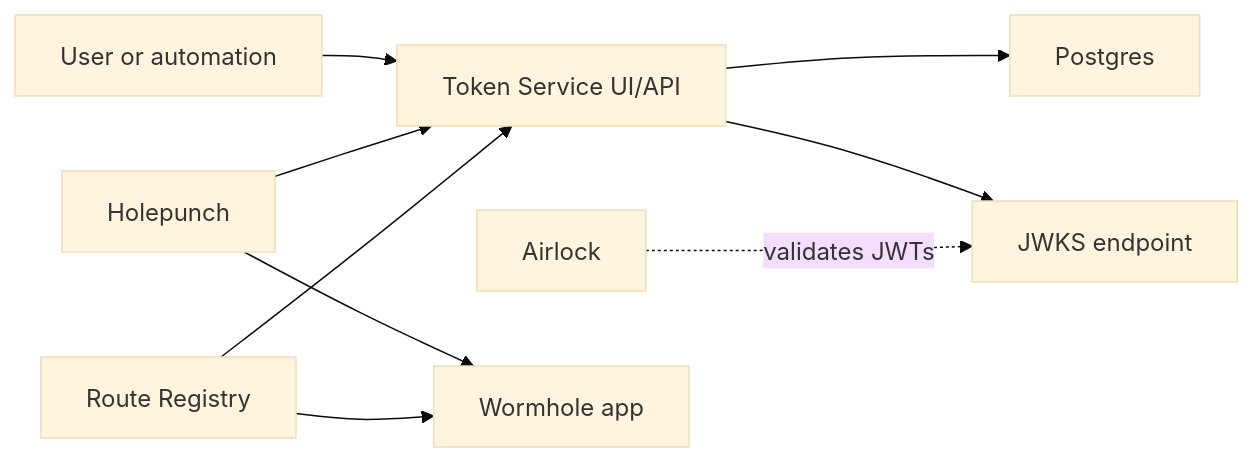
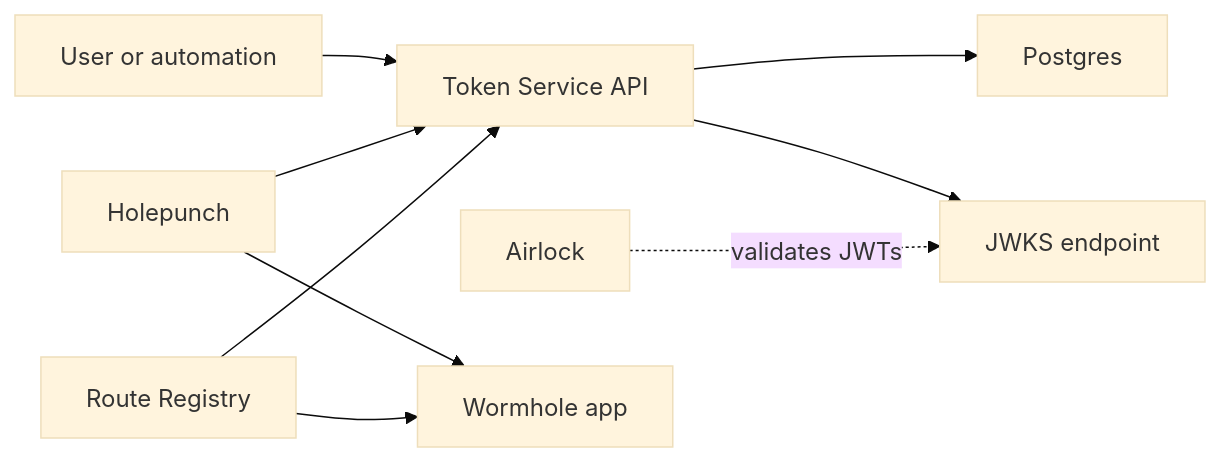
One commit to llnl/wormhole-token-service changed the diagram in README.md. Above: the diagram before and after it, drawn with Mermaid (base theme). The commit also changed other lines of this file and 30 other files, not shown here.

````diff
--- a/README.md
+++ b/README.md
@@ -49,20 +48,20 @@
 ```mermaid
 flowchart LR
     User["User or automation"]
-    UI["Token Service UI/API"]
+    API["Token Service API"]
     DB["Postgres"]
     JWKS["JWKS endpoint"]
     Holepunch["Holepunch"]
     Registry["Route Registry"]
     Airlock["Airlock"]
     App["Wormhole app"]
 
-    User --> UI
-    UI --> DB
-    UI --> JWKS
-    Holepunch --> UI
-    Registry --> UI
+    User --> API
+    API --> DB
+    API --> JWKS
+    Holepunch --> API
+    Registry --> API
     Airlock -. validates JWTs .-> JWKS
     Holepunch --> App
     Registry --> App
 ```
````
